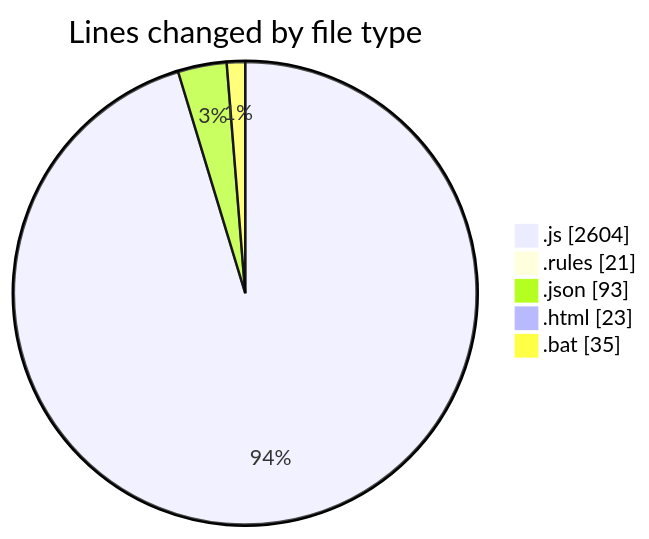
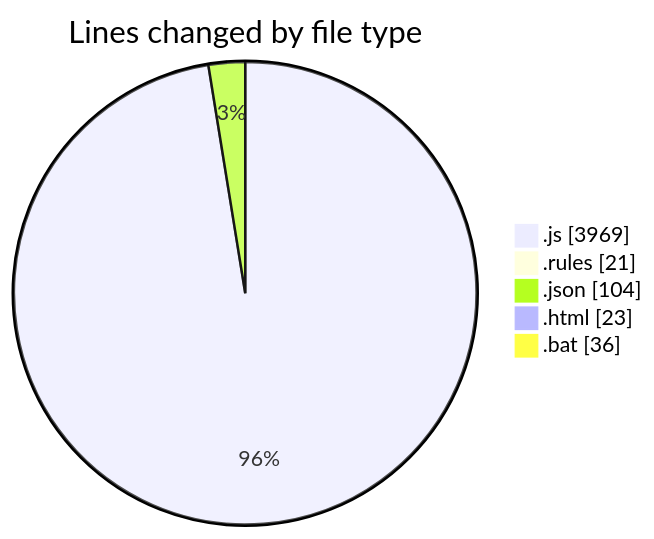
The first of 2 diagrams in 2025-09-01/20m/README.md (lephambinh05/code-tracking), drawn with Mermaid before and after one commit. The commit also changed other lines of this file and 1 other file, not shown here.

````diff
--- a/2025-09-01/20m/README.md
+++ b/2025-09-01/20m/README.md
@@ -46,9 +46,9 @@
 ```mermaid
 pie showData
 title Lines changed by file type
-".js" : 2604
+".js" : 3969
 ".rules" : 21
-".json" : 93
+".json" : 104
 ".html" : 23
-".bat" : 35
+".bat" : 36
 ```
````
